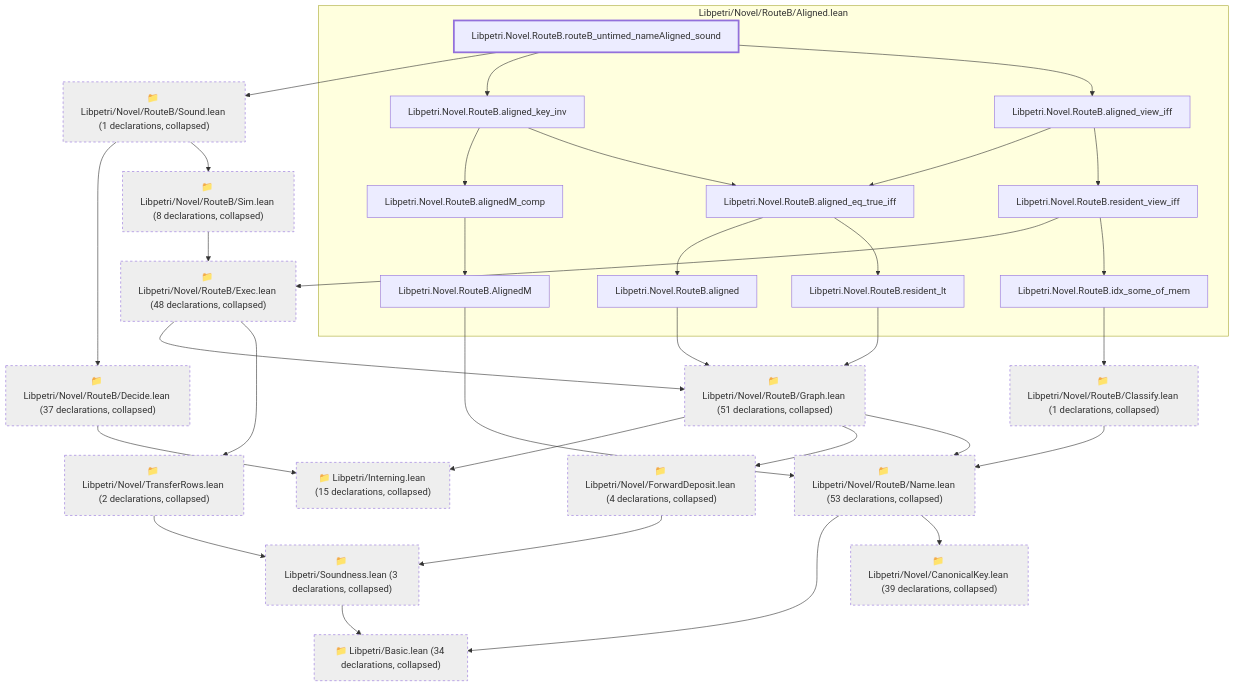
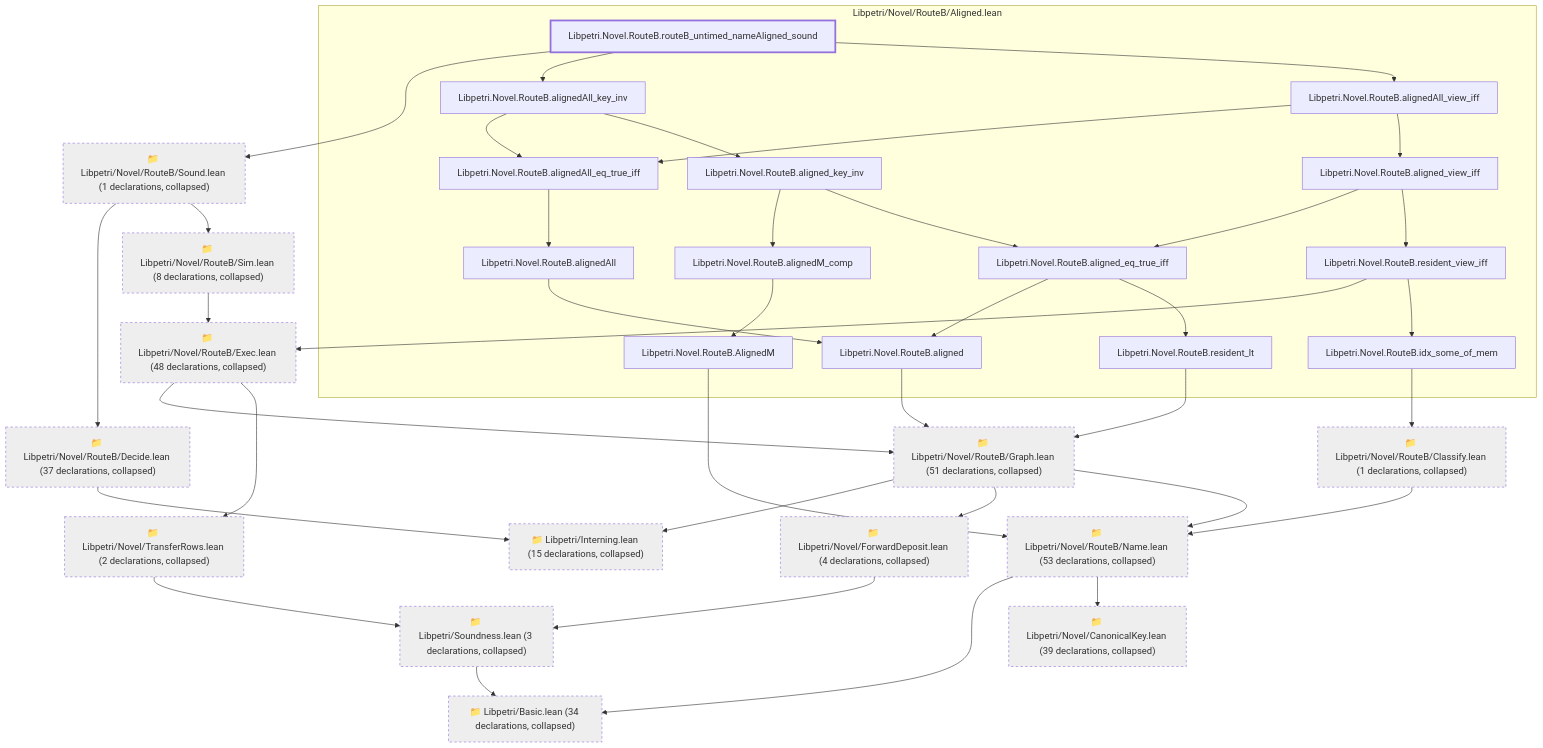
Before and after one commit to debe/libpetri: the fifth of 6 diagrams in lean/graph/requirements/NU-055.md, drawn with Mermaid. The commit also changed other lines of this file and 79 other files, not shown here.

````diff
--- a/lean/graph/requirements/NU-055.md
+++ b/lean/graph/requirements/NU-055.md
@@ -367,64 +440,74 @@
 ```mermaid
 flowchart TD
   subgraph g0["Libpetri/Novel/RouteB/Aligned.lean"]
     n1318["Libpetri.Novel.RouteB.AlignedM"]
     n1477["Libpetri.Novel.RouteB.aligned"]
-    n1478["Libpetri.Novel.RouteB.alignedM_comp"]
-    n1479["Libpetri.Novel.RouteB.aligned_eq_true_iff"]
-    n1480["Libpetri.Novel.RouteB.aligned_key_inv"]
-    n1483["Libpetri.Novel.RouteB.aligned_view_iff"]
-    n1569["Libpetri.Novel.RouteB.idx_some_of_mem"]
-    n1655["Libpetri.Novel.RouteB.resident_lt"]
-    n1657["Libpetri.Novel.RouteB.resident_view_iff"]
-    n1672["Libpetri.Novel.RouteB.routeB_untimed_nameAligned_sound"]
+    n1478["Libpetri.Novel.RouteB.alignedAll"]
+    n1480["Libpetri.Novel.RouteB.alignedAll_eq_true_iff"]
+    n1481["Libpetri.Novel.RouteB.alignedAll_key_inv"]
+    n1483["Libpetri.Novel.RouteB.alignedAll_view_iff"]
+    n1484["Libpetri.Novel.RouteB.alignedM_comp"]
+    n1485["Libpetri.Novel.RouteB.aligned_eq_true_iff"]
+    n1486["Libpetri.Novel.RouteB.aligned_key_inv"]
+    n1489["Libpetri.Novel.RouteB.aligned_view_iff"]
+    n1575["Libpetri.Novel.RouteB.idx_some_of_mem"]
+    n1661["Libpetri.Novel.RouteB.resident_lt"]
+    n1663["Libpetri.Novel.RouteB.resident_view_iff"]
+    n1678["Libpetri.Novel.RouteB.routeB_untimed_nameAligned_sound"]
   end
   c0["📁 Libpetri/Basic.lean (34 declarations, collapsed)"]
   c5["📁 Libpetri/Interning.lean (15 declarations, collapsed)"]
   c11["📁 Libpetri/Novel/CanonicalKey.lean (39 declarations, collapsed)"]
   c26["📁 Libpetri/Novel/ForwardDeposit.lean (4 declarations, collapsed)"]
   c41["📁 Libpetri/Novel/RouteB/Classify.lean (1 declarations, collapsed)"]
   c42["📁 Libpetri/Novel/RouteB/Decide.lean (37 declarations, collapsed)"]
   c43["📁 Libpetri/Novel/RouteB/Exec.lean (48 declarations, collapsed)"]
   c44["📁 Libpetri/Novel/RouteB/Graph.lean (51 declarations, collapsed)"]
   c45["📁 Libpetri/Novel/RouteB/Name.lean (53 declarations, collapsed)"]
   c47["📁 Libpetri/Novel/RouteB/Sim.lean (8 declarations, collapsed)"]
   c48["📁 Libpetri/Novel/RouteB/Sound.lean (1 declarations, collapsed)"]
   c66["📁 Libpetri/Novel/TransferRows.lean (2 declarations, collapsed)"]
   c80["📁 Libpetri/Soundness.lean (3 declarations, collapsed)"]
   c26 --> c80
   c41 --> c45
   c42 --> c5
   c43 --> c44
   c43 --> c66
   c44 --> c5
   c44 --> c26
   c44 --> c45
   c45 --> c0
   c45 --> c11
   c47 --> c43
   c48 --> c42
   c48 --> c47
   c66 --> c80
   c80 --> c0
   n1318 --> c45
   n1477 --> c44
-  n1478 --> n1318
-  n1479 --> n1477
-  n1479 --> n1655
+  n1478 --> n1477
   n1480 --> n1478
-  n1480 --> n1479
-  n1483 --> n1479
-  n1483 --> n1657
-  n1569 --> c41
-  n1655 --> c44
-  n1657 --> c43
-  n1657 --> n1569
-  n1672 --> c48
-  n1672 --> n1480
-  n1672 --> n1483
+  n1481 --> n1480
+  n1481 --> n1486
+  n1483 --> n1480
+  n1483 --> n1489
+  n1484 --> n1318
+  n1485 --> n1477
+  n1485 --> n1661
+  n1486 --> n1484
+  n1486 --> n1485
+  n1489 --> n1485
+  n1489 --> n1663
+  n1575 --> c41
+  n1661 --> c44
+  n1663 --> c43
+  n1663 --> n1575
+  n1678 --> c48
+  n1678 --> n1481
+  n1678 --> n1483
   classDef root stroke-width:3px
   classDef locked fill:#fff3cd,stroke:#b8860b
   classDef collapsed fill:#eeeeee,stroke-dasharray:4 4
-  class n1672 root
+  class n1678 root
   class c0,c5,c11,c26,c41,c42,c43,c44,c45,c47,c48,c66,c80 collapsed
 ```
````
